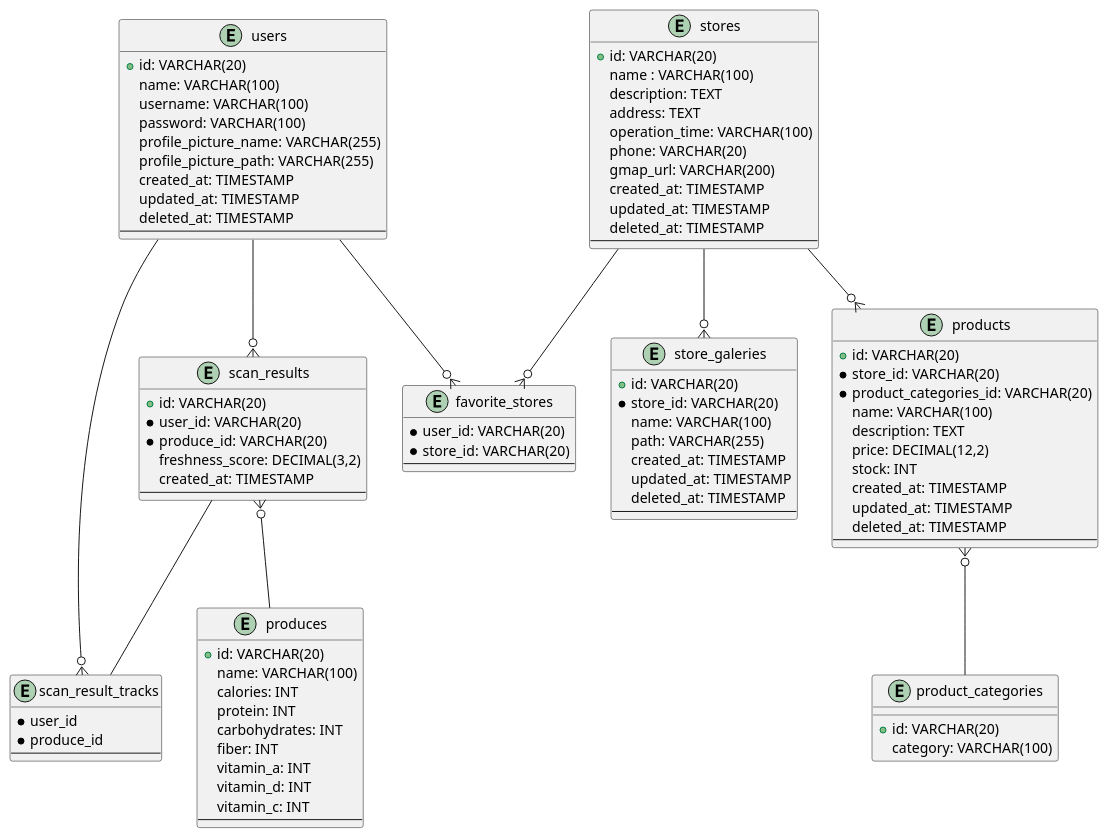
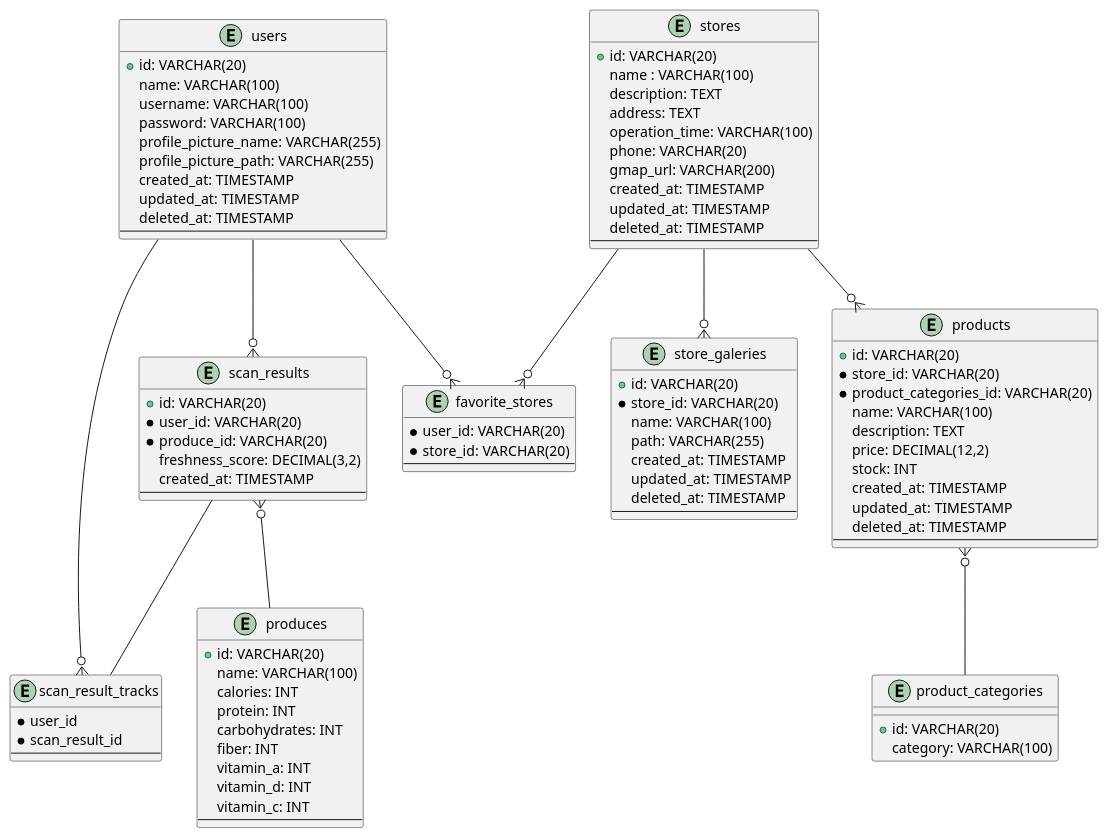
The diagram in docs/erd/fresh-guard-erd.plantuml (C242-PS431/fresh-guard-backend), drawn with PlantUML before and after one commit.

Commit message:
docs: modified litle fault in fresh-guard-erd.plantuml

```diff
--- a/docs/erd/fresh-guard-erd.plantuml
+++ b/docs/erd/fresh-guard-erd.plantuml
@@ -1,104 +1,104 @@
 @startuml fresh-guard-erd
 
 entity users {
     +id: VARCHAR(20)
     name: VARCHAR(100)
     username: VARCHAR(100)
     password: VARCHAR(100)
     profile_picture_name: VARCHAR(255)
     profile_picture_path: VARCHAR(255)
     created_at: TIMESTAMP
     updated_at: TIMESTAMP
     deleted_at: TIMESTAMP
     --
 }
 
 entity scan_results {
     +id: VARCHAR(20)
     *user_id: VARCHAR(20)
     *produce_id: VARCHAR(20)
     freshness_score: DECIMAL(3,2)
     created_at: TIMESTAMP
     --
 }
 
 entity scan_result_tracks {
     *user_id
-    *produce_id
+    *scan_result_id
     --
 }
 
 entity produces {
     +id: VARCHAR(20)
     name: VARCHAR(100)
     calories: INT
     protein: INT
     carbohydrates: INT 
     fiber: INT
     vitamin_a: INT
     vitamin_d: INT
     vitamin_c: INT
     --
 }
 
 entity stores {
     +id: VARCHAR(20)
     name : VARCHAR(100)
     description: TEXT
     address: TEXT
     operation_time: VARCHAR(100)
     phone: VARCHAR(20)
     gmap_url: VARCHAR(200)
     created_at: TIMESTAMP
     updated_at: TIMESTAMP
     deleted_at: TIMESTAMP
     --
 }
 
 entity store_galeries {
     +id: VARCHAR(20)
     *store_id: VARCHAR(20)
     name: VARCHAR(100)
     path: VARCHAR(255)
     created_at: TIMESTAMP
     updated_at: TIMESTAMP
     deleted_at: TIMESTAMP
     --
 }
 
 entity favorite_stores {
     *user_id: VARCHAR(20)
     *store_id: VARCHAR(20)
     --
 }
 
 entity products {
     +id: VARCHAR(20)
     *store_id: VARCHAR(20)
     *product_categories_id: VARCHAR(20)
     name: VARCHAR(100)
     description: TEXT
     price: DECIMAL(12,2)
     stock: INT
     created_at: TIMESTAMP
     updated_at: TIMESTAMP
     deleted_at: TIMESTAMP
     ---
 }
 
 entity product_categories {
     +id: VARCHAR(20)
     category: VARCHAR(100)
 }
 
 ' Relations
 users --o{ scan_results
 scan_results }o-- produces
 users --o{ favorite_stores
 stores --o{ favorite_stores
 stores --o{ products
 products }o-- product_categories
 stores --o{ store_galeries
 users --o{ scan_result_tracks
 scan_results -- scan_result_tracks 
 @enduml
```
